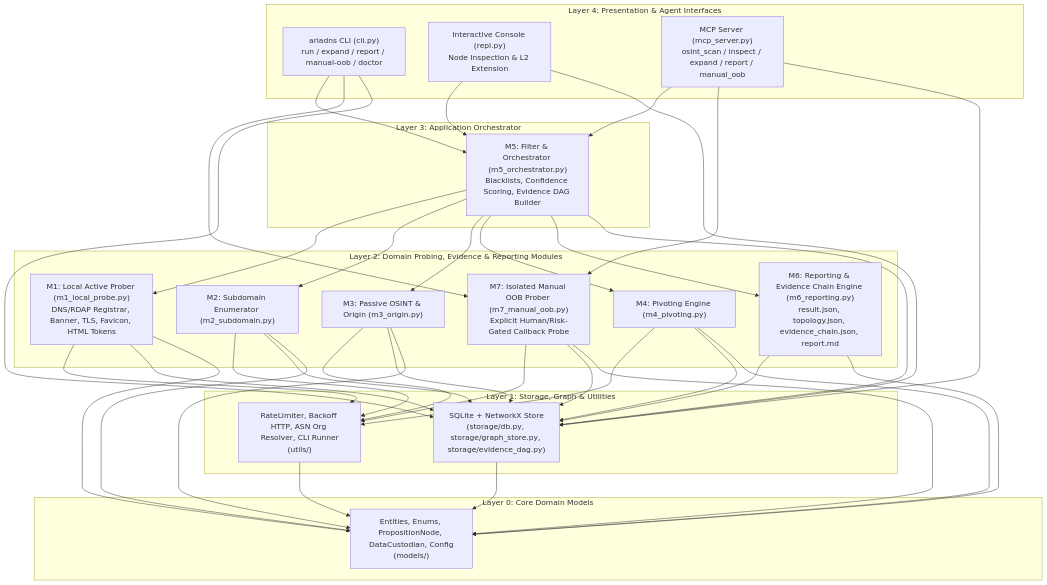
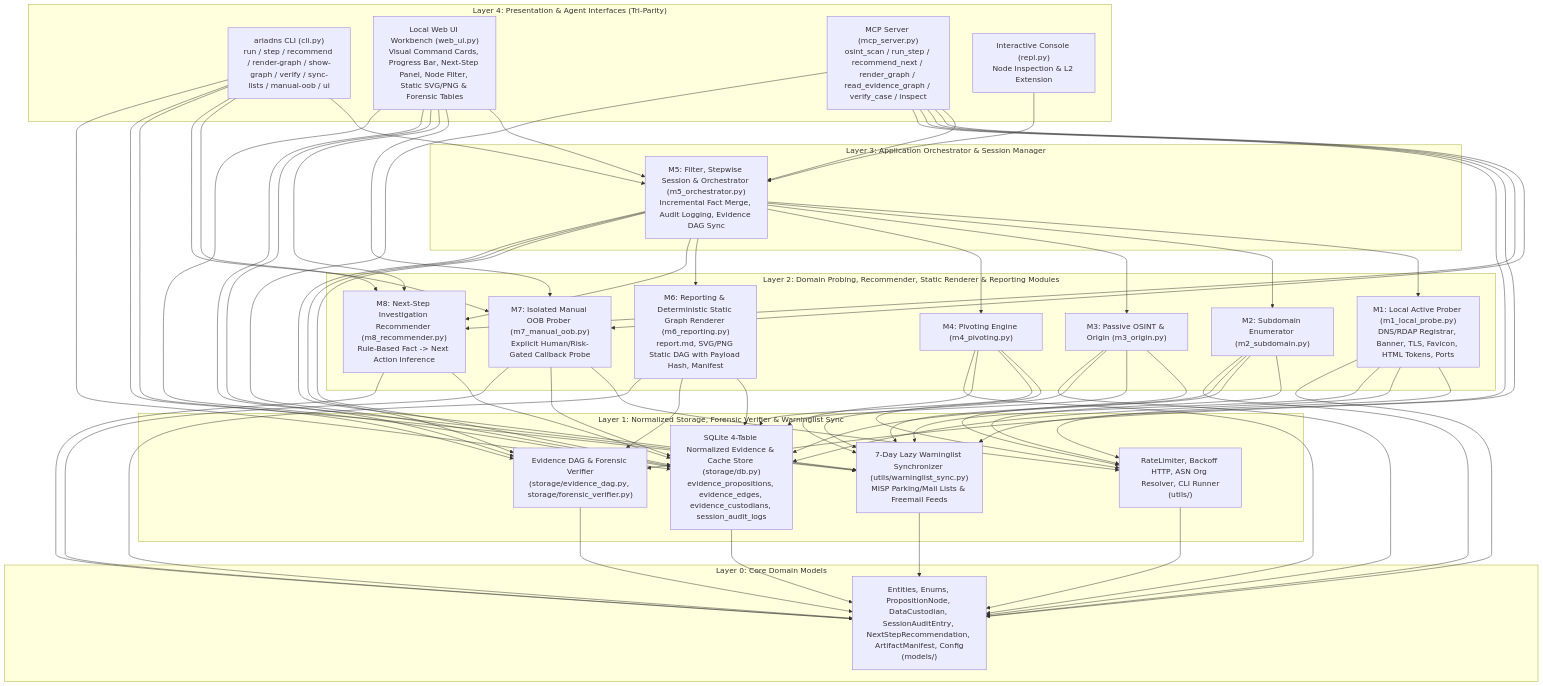
One commit to jontykuan/Ariadns changed the first of 2 diagrams in .mnb/ARCHITECTURE.md. Above: the diagram before and after it, drawn with Mermaid. The commit also changed other lines of this file and 11 other files, not shown here.

Commit message:
docs(mnb): anchor standards, architecture and tickets 22-28 for forensic workbench

````diff
--- a/.mnb/ARCHITECTURE.md
+++ b/.mnb/ARCHITECTURE.md
@@ -5,47 +5,46 @@
 ```mermaid
 flowchart TD
-    subgraph Interfaces ["Layer 4: Presentation & Agent Interfaces"]
-        CLI["ariadns CLI (cli.py)\nrun / expand / report / manual-oob / doctor"]
+    subgraph Interfaces ["Layer 4: Presentation & Agent Interfaces (Tri-Parity)"]
+        CLI["ariadns CLI (cli.py)\nrun / step / recommend / render-graph / show-graph / verify / sync-lists / manual-oob / ui"]
+        WEB["Local Web UI Workbench (web_ui.py)\nVisual Command Cards, Progress Bar, Next-Step Panel, Node Filter, Static SVG/PNG & Forensic Tables"]
+        MCP["MCP Server (mcp_server.py)\nosint_scan / run_step / recommend_next / render_graph / read_evidence_graph / verify_case / inspect"]
         REPL["Interactive Console (repl.py)\nNode Inspection & L2 Extension"]
-        MCP["MCP Server (mcp_server.py)\nosint_scan / inspect / expand / report / manual_oob"]
     end
 
-    subgraph Orchestration ["Layer 3: Application Orchestrator"]
-        M5["M5: Filter & Orchestrator (m5_orchestrator.py)\nBlacklists, Confidence Scoring, Evidence DAG Builder"]
+    subgraph Orchestration ["Layer 3: Application Orchestrator & Session Manager"]
+        M5["M5: Filter, Stepwise Session & Orchestrator (m5_orchestrator.py)\nIncremental Fact Merge, Audit Logging, Evidence DAG Sync"]
     end
 
-    subgraph Engines ["Layer 2: Domain Probing, Evidence & Reporting Modules"]
-        M1["M1: Local Active Prober (m1_local_probe.py)\nDNS/RDAP Registrar, Banner, TLS, Favicon, HTML Tokens"]
+    subgraph Engines ["Layer 2: Domain Probing, Recommender, Static Renderer & Reporting Modules"]
+        M1["M1: Local Active Prober (m1_local_probe.py)\nDNS/RDAP Registrar, Banner, TLS, Favicon, HTML Tokens, Ports"]
         M2["M2: Subdomain Enumerator (m2_subdomain.py)"]
         M3["M3: Passive OSINT & Origin (m3_origin.py)"]
         M4["M4: Pivoting Engine (m4_pivoting.py)"]
-        M6["M6: Reporting & Evidence Chain Engine (m6_reporting.py)\nresult.json, topology.json, evidence_chain.json, report.md"]
+        M6["M6: Reporting & Deterministic Static Graph Renderer (m6_reporting.py)\nreport.md, SVG/PNG Static DAG with Payload Hash, Manifest"]
         M7["M7: Isolated Manual OOB Prober (m7_manual_oob.py)\nExplicit Human/Risk-Gated Callback Probe"]
+        M8["M8: Next-Step Investigation Recommender (m8_recommender.py)\nRule-Based Fact -> Next Action Inference"]
     end
 
-    subgraph Infra ["Layer 1: Storage, Graph & Utilities"]
-        DB["SQLite + NetworkX Store\n(storage/db.py, storage/graph_store.py, storage/evidence_dag.py)"]
+    subgraph Infra ["Layer 1: Normalized Storage, Forensic Verifier & Warninglist Sync"]
+        DB["SQLite 4-Table Normalized Evidence & Cache Store (storage/db.py)\nevidence_propositions, evidence_edges, evidence_custodians, session_audit_logs"]
+        DAG["Evidence DAG & Forensic Verifier\n(storage/evidence_dag.py, storage/forensic_verifier.py)"]
+        SYNC["7-Day Lazy Warninglist Synchronizer (utils/warninglist_sync.py)\nMISP Parking/Mail Lists & Freemail Feeds"]
         NET["RateLimiter, Backoff HTTP, ASN Org Resolver, CLI Runner\n(utils/)"]
     end
 
     subgraph Models ["Layer 0: Core Domain Models"]
-        MOD["Entities, Enums, PropositionNode, DataCustodian, Config\n(models/)"]
+        MOD["Entities, Enums, PropositionNode, DataCustodian, SessionAuditEntry, NextStepRecommendation, ArtifactManifest, Config\n(models/)"]
     end
 
-    CLI --> M5
-    CLI --> M7
-    REPL --> M5
-    MCP --> M5
-    MCP --> M7
-    CLI --> DB
-    REPL --> DB
-    MCP --> DB
+    CLI & WEB & MCP & REPL --> M5
+    CLI & WEB & MCP --> M7 & M8 & DAG & SYNC & DB
 
-    M5 --> M1 & M2 & M3 & M4 & M6
-    M5 --> DB
+    M5 --> M1 & M2 & M3 & M4 & M6 & M8
+    M5 --> DB & DAG & SYNC
     M7 --> NET & DB & MOD
+    M8 --> DB & MOD
 
-    M1 & M2 & M3 & M4 --> NET & DB & MOD
-    M6 --> DB & MOD
-    NET & DB --> MOD
+    M1 & M2 & M3 & M4 --> NET & DB & SYNC & MOD
+    M6 --> DB & DAG & MOD
+    DAG & SYNC & NET & DB --> MOD
 ```
````
